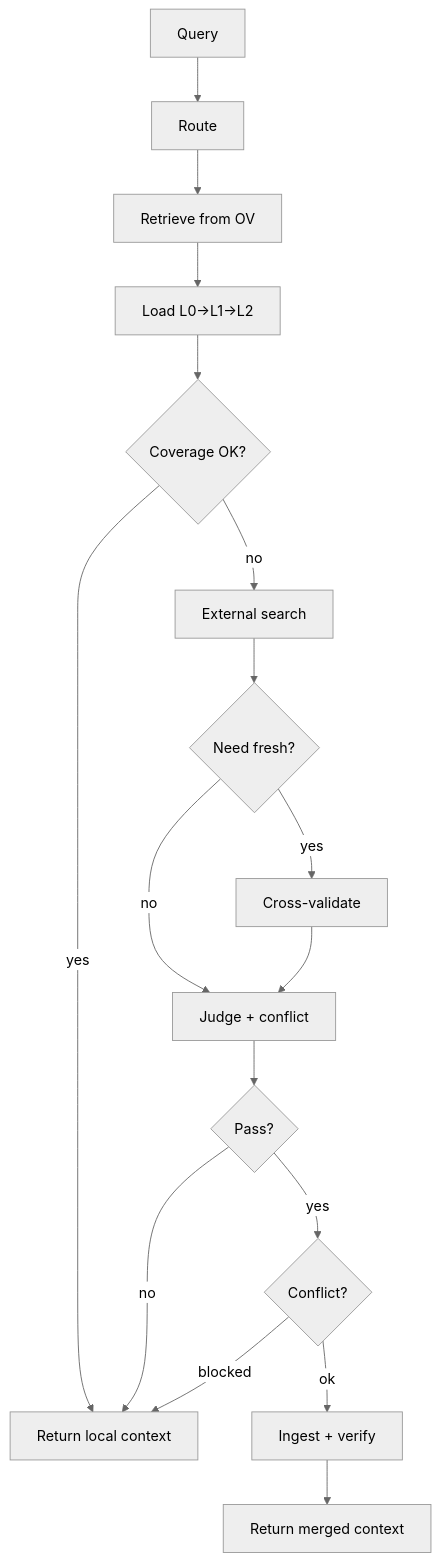
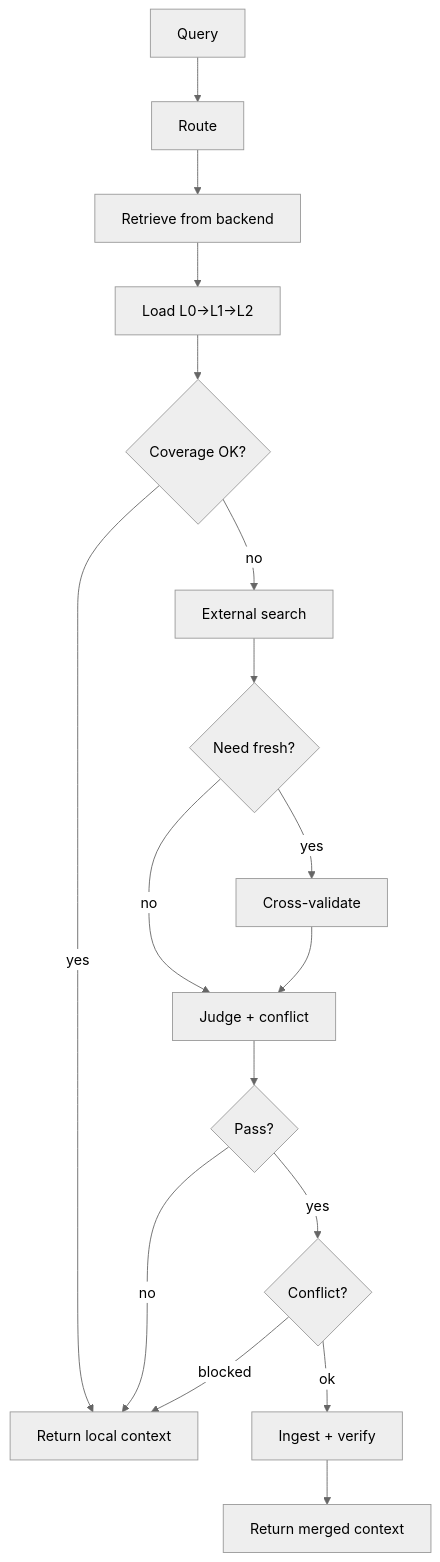
Before and after one commit to ponsde/OpenViking_Curator: the diagram in README.md, drawn with Mermaid (neutral theme). The commit also changed other lines of this file and 2 other files, not shown here.

Commit message:
docs: remove local-specific config from README, make backend-agnostic, generic .env.example

````diff
--- a/README.md
+++ b/README.md
@@ -12,19 +12,19 @@
 ```mermaid
 flowchart TD
     Q[Query] --> R[Route]
-    R --> OV[Retrieve from OV]
+    R --> OV[Retrieve from backend]
     OV --> L[Load L0→L1→L2]
     L --> COV{Coverage OK?}
     COV -- yes --> OUT1[Return local context]
     COV -- no --> EXT[External search]
     EXT --> F{Need fresh?}
     F -- yes --> CV[Cross-validate]
     F -- no --> J
     CV --> J[Judge + conflict]
     J --> P{Pass?}
     P -- no --> OUT1
     P -- yes --> C{Conflict?}
     C -- blocked --> OUT1
     C -- ok --> ING[Ingest + verify]
     ING --> OUT2[Return merged context]
 ```
````
